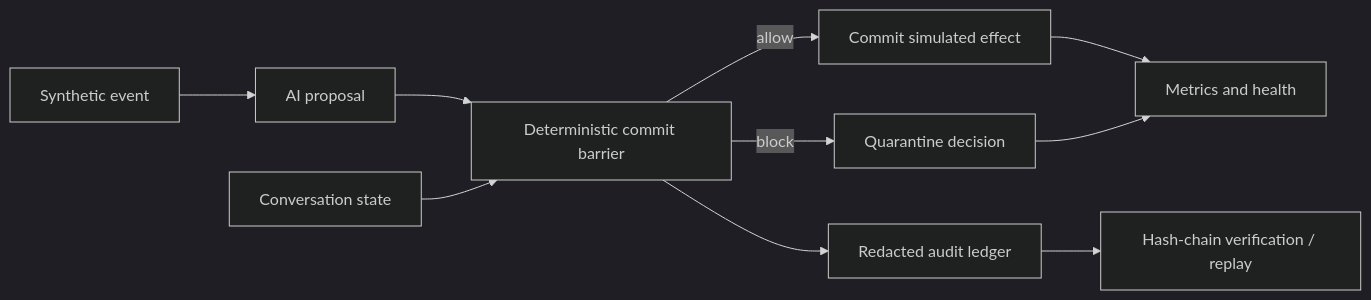
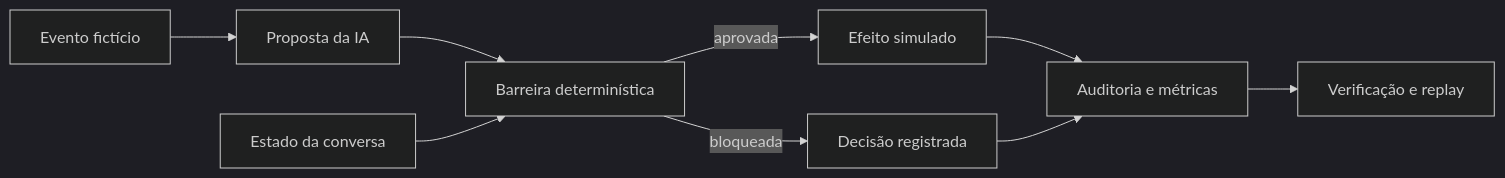
The diagram in README.md (vinicastello/ai-ops-reliability-lab), drawn with Mermaid (dark theme) before and after one commit. The commit also changed other lines of this file and 6 other files, not shown here.

````diff
--- a/README.md
+++ b/README.md
@@ -42,12 +29,11 @@
 ```mermaid
 flowchart LR
-    I["Synthetic event"] --> P["AI proposal"]
-    P --> B["Deterministic commit barrier"]
-    S["Conversation state"] --> B
-    B -->|allow| C["Commit simulated effect"]
-    B -->|block| Q["Quarantine decision"]
-    B --> A["Redacted audit ledger"]
-    C --> M["Metrics and health"]
-    Q --> M
-    A --> V["Hash-chain verification / replay"]
+    E["Evento fictício"] --> P["Proposta da IA"]
+    P --> B["Barreira determinística"]
+    S["Estado da conversa"] --> B
+    B -->|aprovada| C["Efeito simulado"]
+    B -->|bloqueada| Q["Decisão registrada"]
+    C --> A["Auditoria e métricas"]
+    Q --> A
+    A --> V["Verificação e replay"]
 ```
````
